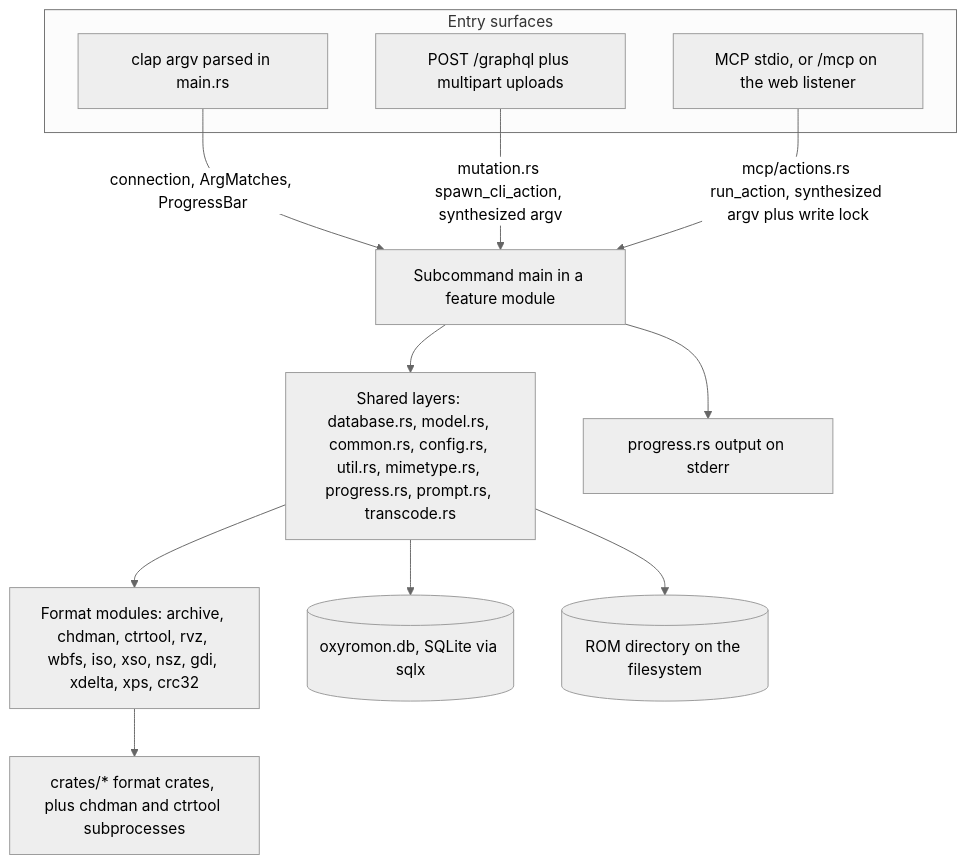
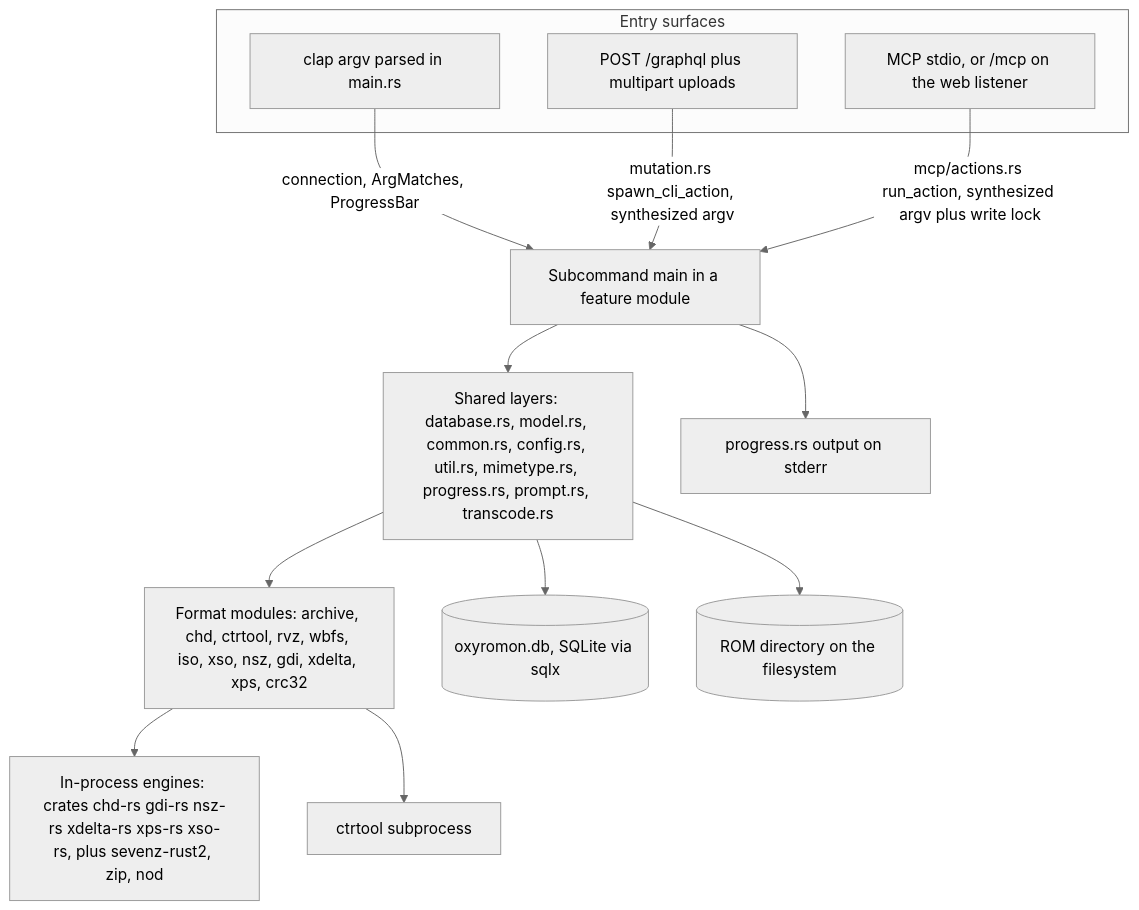
The first of 2 diagrams in openwiki/architecture/overview.md (alucryd/oxyromon), drawn with Mermaid (neutral theme) before and after one commit. The commit also changed other lines of this file and 69 other files, not shown here.

````diff
--- a/openwiki/architecture/overview.md
+++ b/openwiki/architecture/overview.md
@@ -79,19 +97,20 @@
 ```mermaid
 flowchart TD
   subgraph SURFACES["Entry surfaces"]
     CLI["clap argv parsed in main.rs"]
     GQL["POST /graphql plus multipart uploads"]
     MCPC["MCP stdio, or /mcp on the web listener"]
   end
 
   CLI -->|"connection, ArgMatches, ProgressBar"| SUB["Subcommand main in a feature module"]
   GQL -->|"mutation.rs spawn_cli_action, synthesized argv"| SUB
   MCPC -->|"mcp/actions.rs run_action, synthesized argv plus write lock"| SUB
 
   SUB --> SHARED["Shared layers: database.rs, model.rs, common.rs, config.rs, util.rs, mimetype.rs, progress.rs, prompt.rs, transcode.rs"]
-  SHARED --> FMT["Format modules: archive, chdman, ctrtool, rvz, wbfs, iso, xso, nsz, gdi, xdelta, xps, crc32"]
-  FMT --> CRATES["crates/* format crates, plus chdman and ctrtool subprocesses"]
+  SHARED --> FMT["Format modules: archive, chd, ctrtool, rvz, wbfs, iso, xso, nsz, gdi, xdelta, xps, crc32"]
+  FMT --> CRATES["In-process engines: crates chd-rs gdi-rs nsz-rs xdelta-rs xps-rs xso-rs, plus sevenz-rust2, zip, nod"]
+  FMT --> EXT["ctrtool subprocess"]
   SHARED --> SQLITE[("oxyromon.db, SQLite via sqlx")]
   SHARED --> DISK[("ROM directory on the filesystem")]
   SUB --> PROG["progress.rs output on stderr"]
 ```
````
